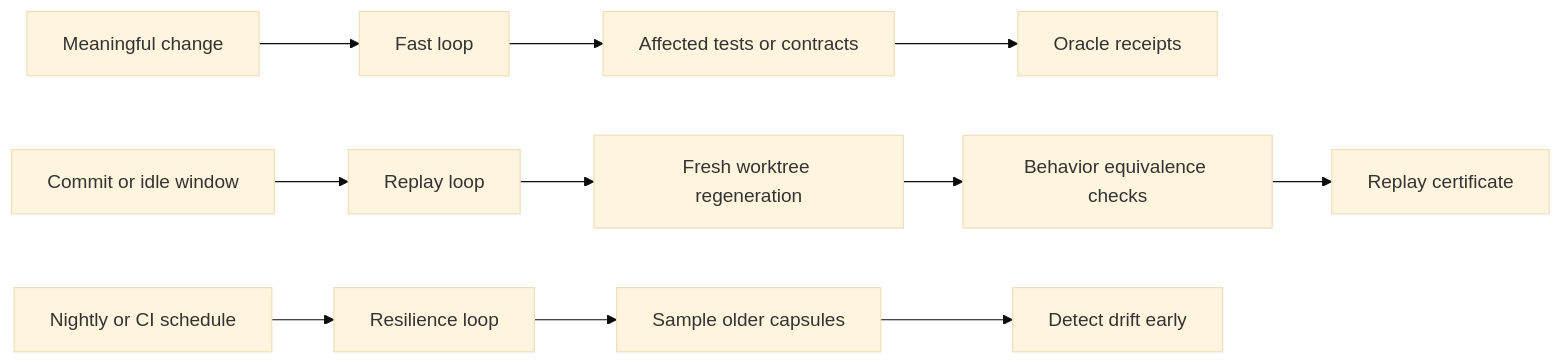
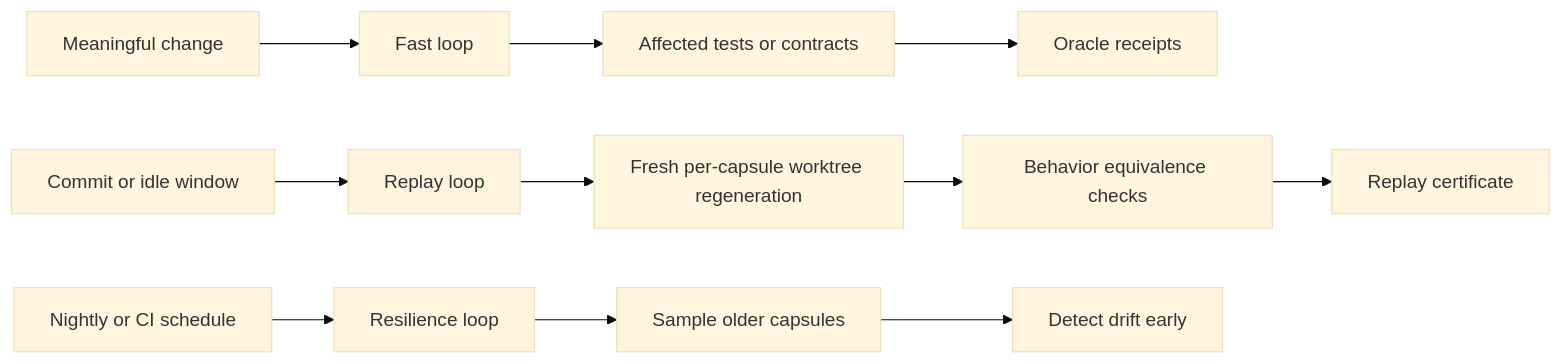
The fifth of 8 diagrams in ARCHITECTURE.md (selkios/outcomegraph), drawn with Mermaid (base theme) before and after one commit. The commit also changed other lines of this file and 2 other files, not shown here.

Commit message:
feat(replay): define changed-capsule clean replay loop

````diff
--- a/ARCHITECTURE.md
+++ b/ARCHITECTURE.md
@@ -137,15 +137,15 @@
 ```mermaid
 flowchart LR
   A[Meaningful change] --> B[Fast loop]
   B --> C[Affected tests or contracts]
   C --> D[Oracle receipts]
 
   E[Commit or idle window] --> F[Replay loop]
-  F --> G[Fresh worktree regeneration]
+  F --> G[Fresh per-capsule worktree regeneration]
   G --> H[Behavior equivalence checks]
   H --> I[Replay certificate]
 
   J[Nightly or CI schedule] --> K[Resilience loop]
   K --> L[Sample older capsules]
   L --> M[Detect drift early]
 ```
````
